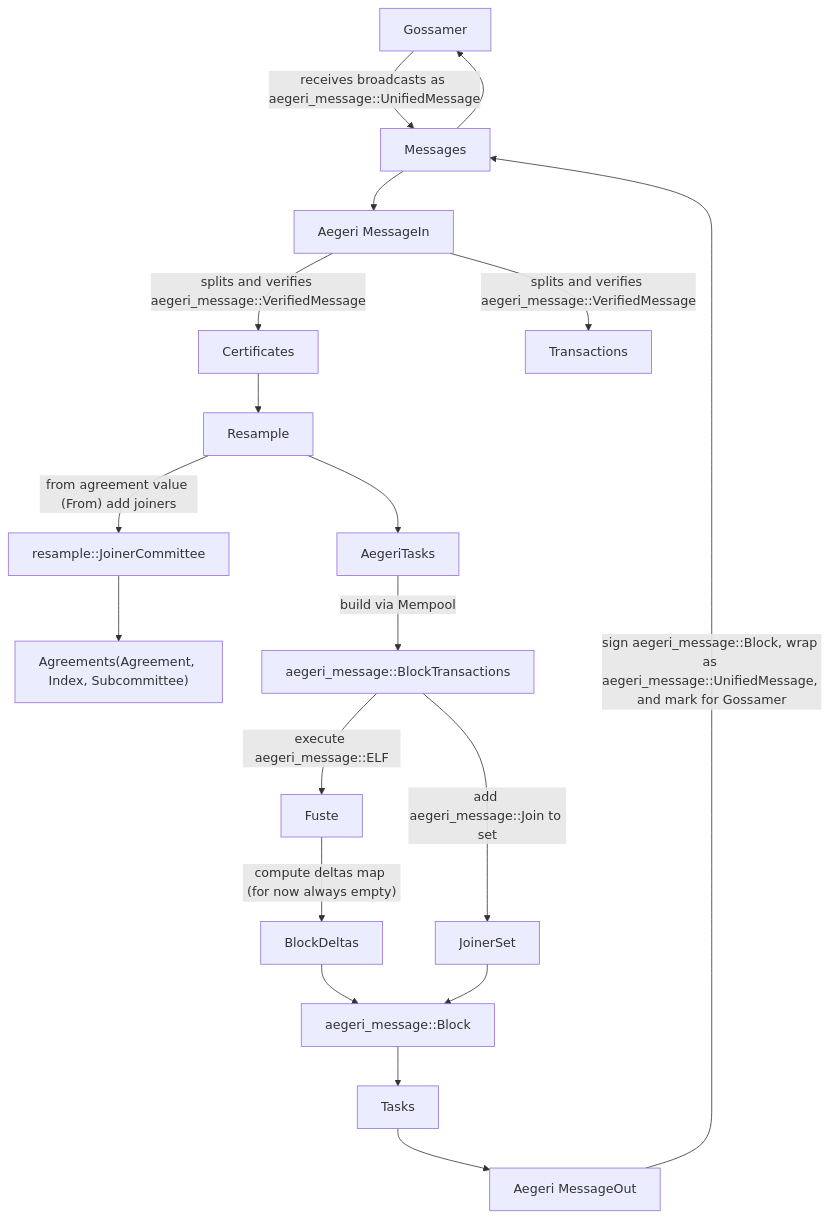
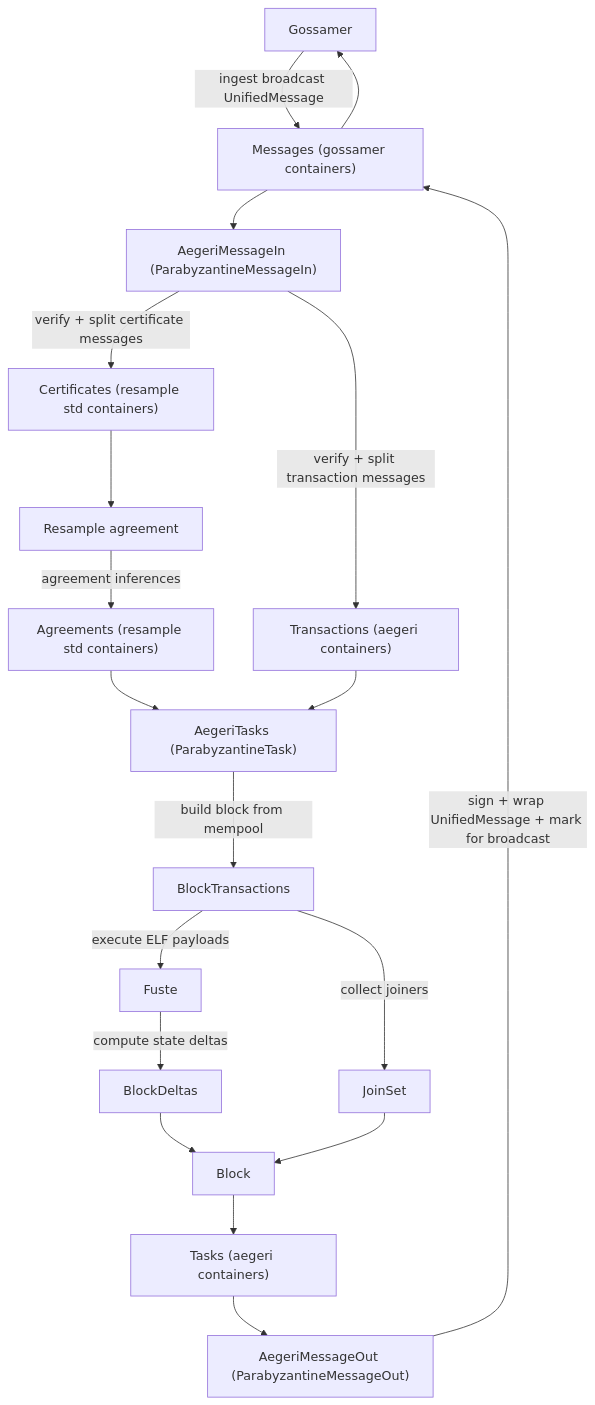
One commit to ramate-io/gwrdfa changed the diagram in aegeri/process/README.md. Above: the diagram before and after it, drawn with Mermaid. The commit also changed other lines of this file and 1 other file, not shown here.

Commit message:
docs: clean up aegeri process explanation.

````diff
--- a/aegeri/process/README.md
+++ b/aegeri/process/README.md
@@ -6,21 +24,27 @@
 ```mermaid
 flowchart TB
-    Gossamer["Gossamer"] -- "receives broadcasts as aegeri_message::UnifiedMessage" -->Messages["Messages"]
-    Messages --> AMI["Aegeri MessageIn"]
-    AMI -- "splits and verifies aegeri_message::VerifiedMessage<Certificate>" --> Certificates["Certificates"]
-    AMI -- "splits and verifies aegeri_message::VerifiedMessage<Transaction>" --> Transactions["Transactions"]
-    Certificates --> Resample["Resample"]
-    Resample --> AT["AegeriTasks"]
-    Resample -- "from agreement value (From<Value = aegeri_message::Block>) add joiners" --> JC["resample::JoinerCommittee"]
-    JC --> ISA["Agreements(Agreement, Index, Subcommittee)"]
-    AT -- "build via Mempool" --> ABT["aegeri_message::BlockTransactions"]
-    ABT -- "execute aegeri_message::ELF" --> Fuste["Fuste"]
-    Fuste -- "compute deltas map (for now always empty)" --> BD["BlockDeltas"]
-    ABT -- "add aegeri_message::Join to set" --> JS["JoinerSet"]
-    BD --> AB["aegeri_message::Block"]
-    JS --> AB
-    AB --> Tasks["Tasks"]
-    Tasks --> AMO["Aegeri MessageOut"] 
-    AMO -- "sign aegeri_message::Block, wrap as aegeri_message::UnifiedMessage, and mark for Gossamer" --> Messages
+    Gossamer["Gossamer"] -- "ingest broadcast UnifiedMessage" --> Messages["Messages (gossamer containers)"]
+    Messages --> AMI["AegeriMessageIn (ParabyzantineMessageIn)"]
+
+    AMI -- "verify + split certificate messages" --> Certificates["Certificates (resample std containers)"]
+    AMI -- "verify + split transaction messages" --> Transactions["Transactions (aegeri containers)"]
+
+    Certificates --> Resample["Resample agreement"]
+    Resample -- "agreement inferences" --> Agreements["Agreements (resample std containers)"]
+
+    Agreements --> AT["AegeriTasks (ParabyzantineTask)"]
+    Transactions --> AT
+
+    AT -- "build block from mempool" --> BlockTx["BlockTransactions"]
+    BlockTx -- "execute ELF payloads" --> Fuste["Fuste"]
+    Fuste -- "compute state deltas" --> BlockDeltas["BlockDeltas"]
+    BlockTx -- "collect joiners" --> JoinSet["JoinSet"]
+
+    BlockDeltas --> Block["Block"]
+    JoinSet --> Block
+
+    Block --> Tasks["Tasks (aegeri containers)"]
+    Tasks --> AMO["AegeriMessageOut (ParabyzantineMessageOut)"]
+    AMO -- "sign + wrap UnifiedMessage + mark for broadcast" --> Messages
     Messages --> Gossamer
 ```
````
